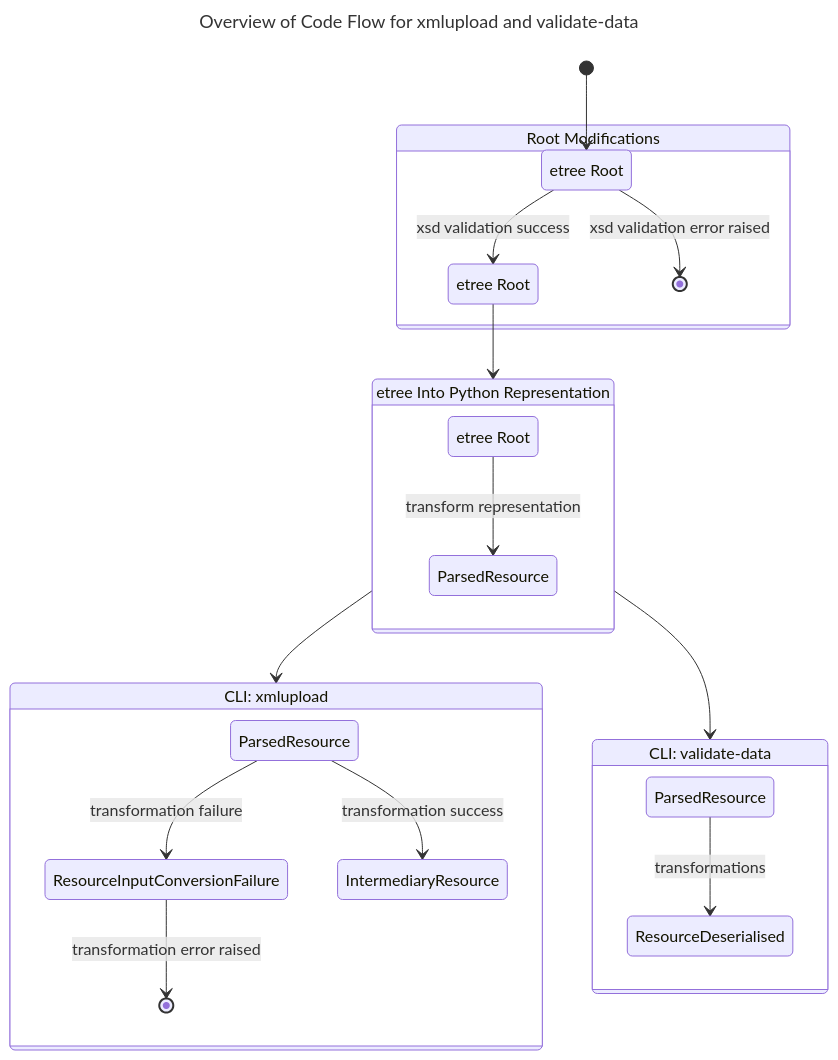
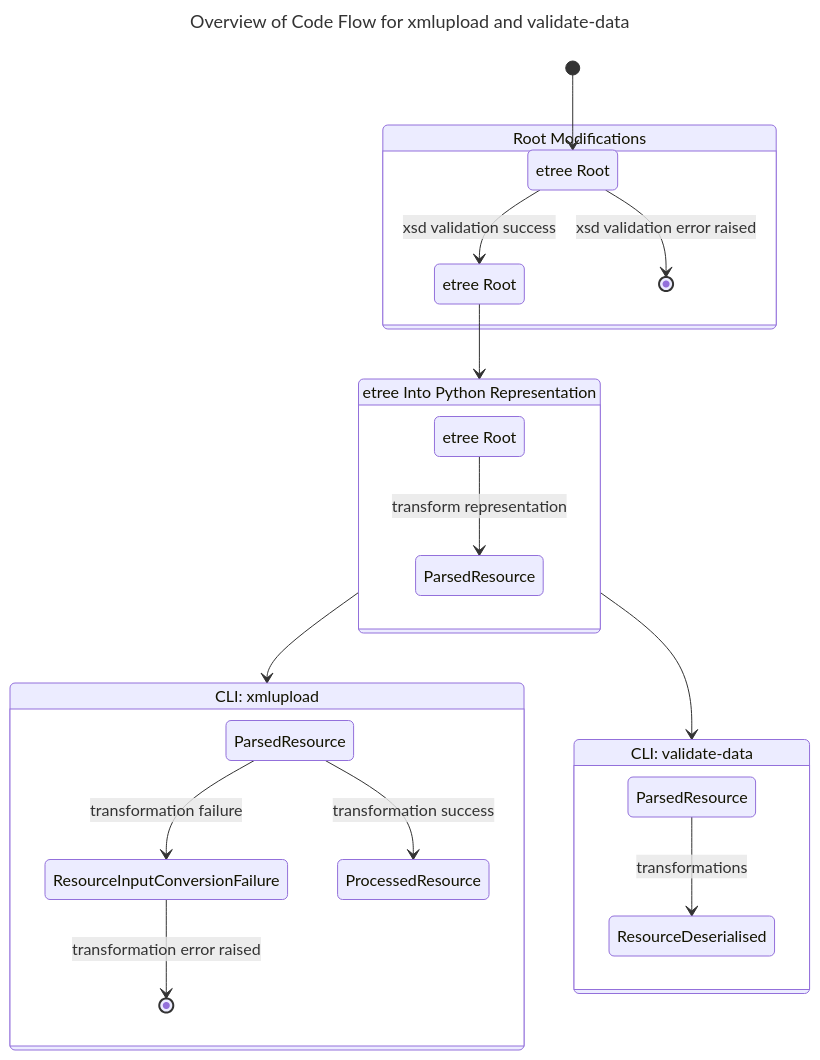
One commit to dasch-swiss/dsp-tools changed the first of 3 diagrams in docs/developers/architecture.md. Above: the diagram before and after it, drawn with Mermaid. The commit also changed other lines of this file, not shown here.

````diff
--- a/docs/developers/architecture.md
+++ b/docs/developers/architecture.md
@@ -7,38 +7,38 @@
 ```mermaid
 ---
 title: Overview of Code Flow for xmlupload and validate-data
 ---
 stateDiagram-v2
 
 state "etree Root" as eroot1
 state "etree Root" as eroot2
 state "etree Root" as eroot3
 state "Root Modifications" as rootwork
 state "etree Into Python Representation" as pywork
 state "CLI: xmlupload" as transform
 state "ParsedResource" as parsedres1
 state "ParsedResource" as parsedres2
 state "ParsedResource" as parsedres3
-state "IntermediaryResource" as intermediaryres
+state "ProcessedResource" as Processedres
 state "CLI: validate-data" as valdata
 
 [*]-->eroot1
 state rootwork {
     eroot1-->eroot2: xsd validation success
     eroot1-->[*]: xsd validation error raised
 }
 eroot2-->pywork
 state pywork {
     eroot3-->parsedres1: transform representation
 }
 pywork-->transform
 state transform {
     ResourceInputConversionFailure-->[*]: transformation error raised
-    parsedres2-->intermediaryres: transformation success
+    parsedres2-->Processedres: transformation success
     parsedres2-->ResourceInputConversionFailure: transformation failure
 }
 pywork-->valdata
 state valdata {
     parsedres3-->ResourceDeserialised: transformations
 }
 ```
````
